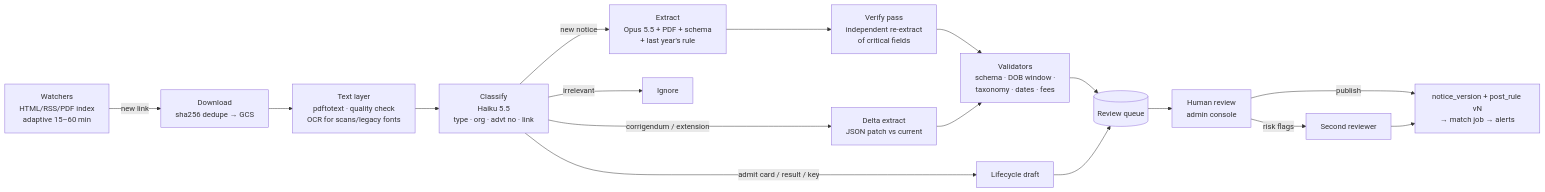
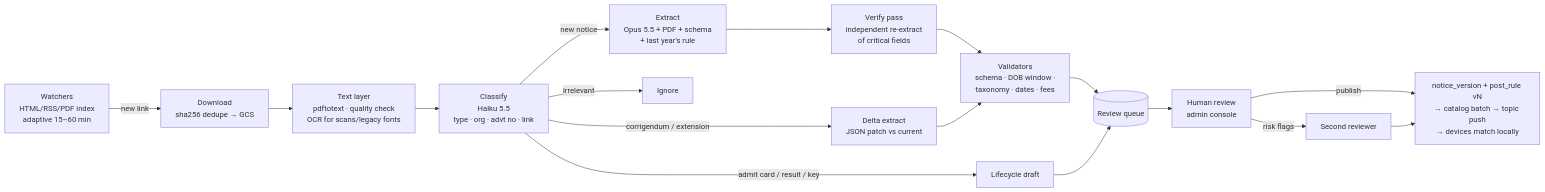
One commit to amanroy3901/job-vac changed the diagram in docs/backend/ingestion-pipeline.md. Above: the diagram before and after it, drawn with Mermaid. The commit also changed other lines of this file and 19 other files, not shown here.

````diff
--- a/docs/backend/ingestion-pipeline.md
+++ b/docs/backend/ingestion-pipeline.md
@@ -6,18 +6,18 @@
 ```mermaid
 flowchart LR
   W[Watchers<br/>HTML/RSS/PDF index<br/>adaptive 15–60 min] -->|new link| D[Download<br/>sha256 dedupe → GCS]
   D --> T[Text layer<br/>pdftotext · quality check<br/>OCR for scans/legacy fonts]
   T --> C[Classify<br/>Haiku 5.5<br/>type · org · advt no · link]
   C -->|new notice| X[Extract<br/>Opus 5.5 + PDF + schema<br/>+ last year's rule]
   C -->|corrigendum / extension| P[Delta extract<br/>JSON patch vs current]
   C -->|admit card / result / key| L[Lifecycle draft]
   C -->|irrelevant| I[Ignore]
   X --> V[Verify pass<br/>independent re-extract<br/>of critical fields]
   V --> R[Validators<br/>schema · DOB window ·<br/>taxonomy · dates · fees]
   P --> R
   R --> Q[(Review queue)]
   L --> Q
   Q --> H[Human review<br/>admin console]
-  H -->|publish| PUB[notice_version + post_rule vN<br/>→ match job → alerts]
+  H -->|publish| PUB[notice_version + post_rule vN<br/>→ catalog batch → topic push<br/>→ devices match locally]
   H -->|risk flags| H2[Second reviewer] --> PUB
 ```
````
